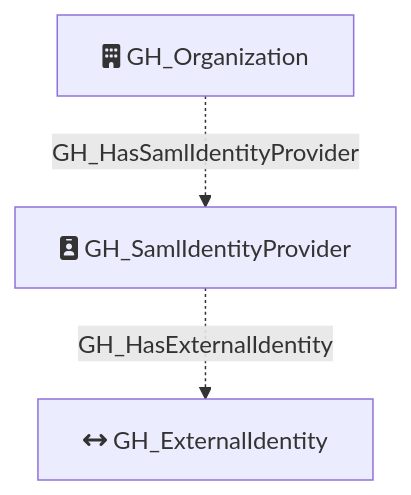
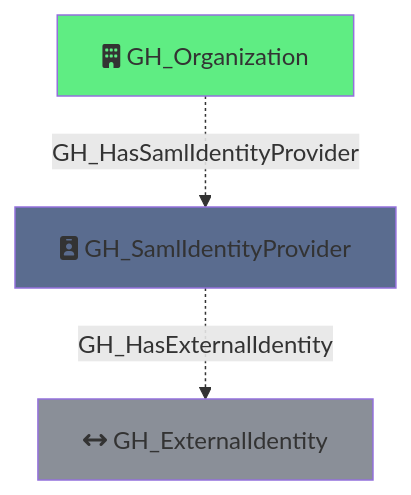
One commit to SpecterOps/bloodhound-docs changed the diagram in docs/opengraph/extensions/githound/reference/nodes/gh_samlidentityprovider.mdx. Above: the diagram before and after it, drawn with Mermaid. The commit also changed other lines of this file and 52 other files, not shown here.

````diff
--- a/docs/opengraph/extensions/githound/reference/nodes/gh_samlidentityprovider.mdx
+++ b/docs/opengraph/extensions/githound/reference/nodes/gh_samlidentityprovider.mdx
@@ -49,10 +63,13 @@
 ```mermaid
 flowchart TD
     GH_Organization[fa:fa-building GH_Organization]
     GH_SamlIdentityProvider[fa:fa-id-badge GH_SamlIdentityProvider]
     GH_ExternalIdentity[fa:fa-arrows-left-right GH_ExternalIdentity]
 
+    style GH_Organization fill:#5FED83
+    style GH_SamlIdentityProvider fill:#5A6C8F
+    style GH_ExternalIdentity fill:#8A8F98
 
     GH_Organization -.->|GH_HasSamlIdentityProvider| GH_SamlIdentityProvider
     GH_SamlIdentityProvider -.->|GH_HasExternalIdentity| GH_ExternalIdentity
 ```
````
